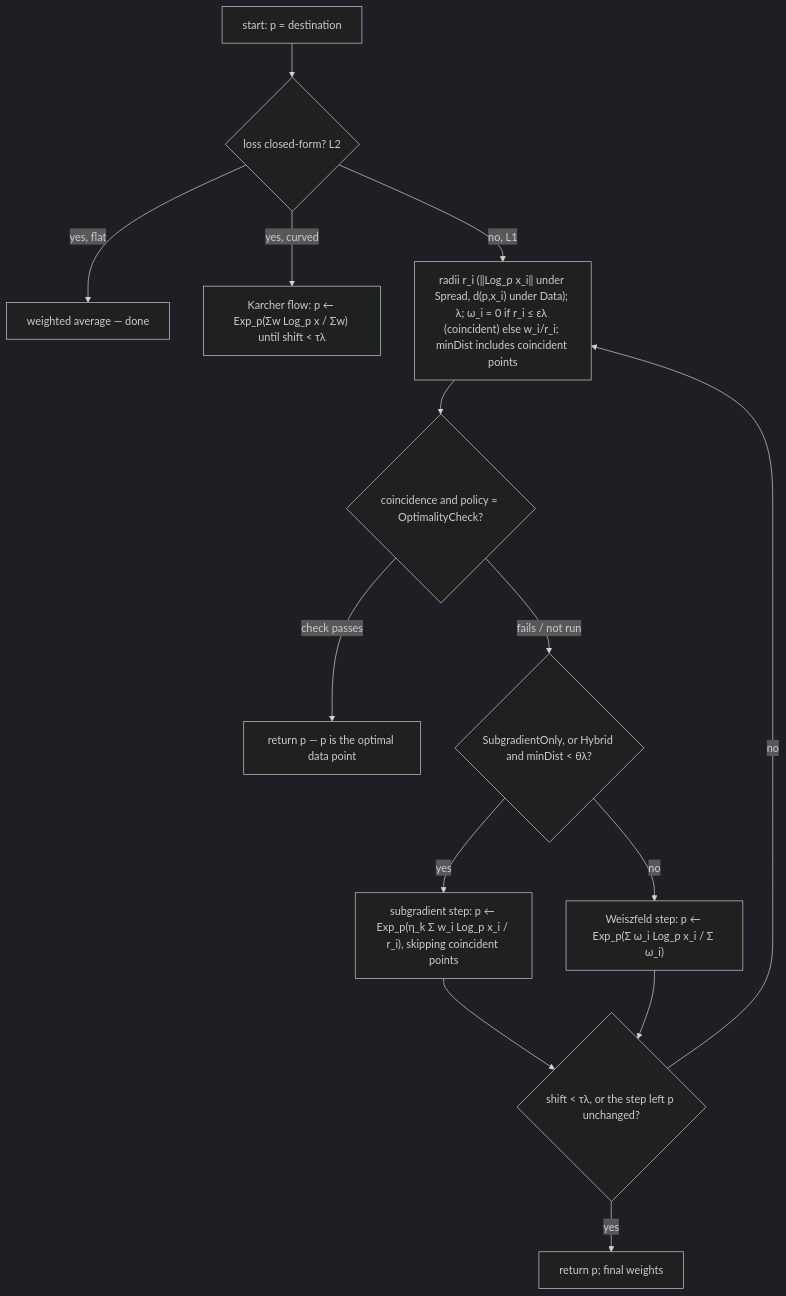
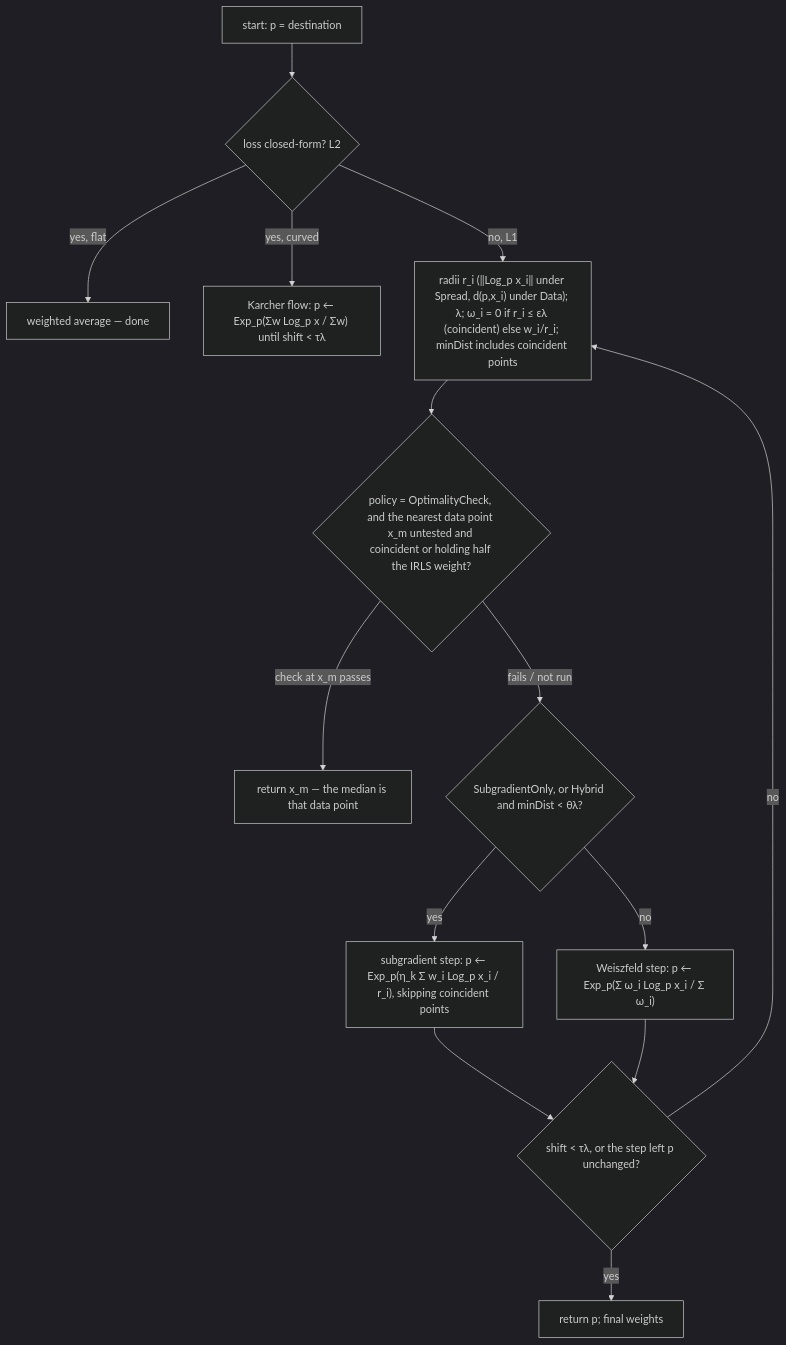
Before and after one commit to aghado01/ThermoMapper: the second of 2 diagrams in docs/Maths/RiemannianGeometry.md, drawn with Mermaid (dark theme). The commit also changed other lines of this file and 3 other files, not shown here.

````diff
--- a/docs/Maths/RiemannianGeometry.md
+++ b/docs/Maths/RiemannianGeometry.md
@@ -124,16 +124,16 @@
 ```mermaid
 flowchart TD
   A[start: p = destination] --> B{loss closed-form? L2}
   B -->|yes, flat| C[weighted average — done]
   B -->|yes, curved| D["Karcher flow: p ← Exp_p(Σw Log_p x / Σw) until shift < τλ"]
   B -->|no, L1| E["radii r_i (‖Log_p x_i‖ under Spread, d(p,x_i) under Data); λ; ω_i = 0 if r_i ≤ ελ (coincident) else w_i/r_i; minDist includes coincident points"]
-  E --> F{"coincidence and policy = OptimalityCheck?"}
-  F -->|check passes| G[return p — p is the optimal data point]
+  E --> F{"policy = OptimalityCheck, and the nearest data point x_m untested and coincident or holding half the IRLS weight?"}
+  F -->|check at x_m passes| G[return x_m — the median is that data point]
   F -->|fails / not run| H{"SubgradientOnly, or Hybrid and minDist < θλ?"}
   H -->|yes| I["subgradient step: p ← Exp_p(η_k Σ w_i Log_p x_i / r_i), skipping coincident points"]
   H -->|no| J["Weiszfeld step: p ← Exp_p(Σ ω_i Log_p x_i / Σ ω_i)"]
   I --> K{"shift < τλ, or the step left p unchanged?"}
   J --> K
   K -->|no| E
   K -->|yes| L[return p; final weights]
 ```
````
